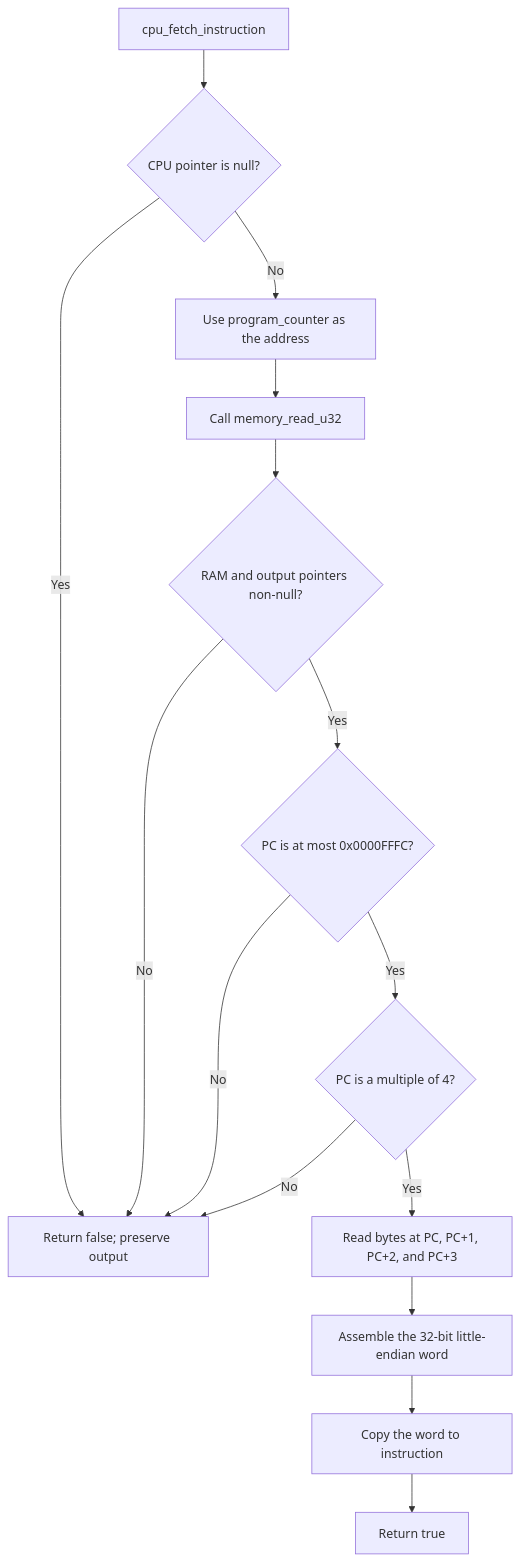
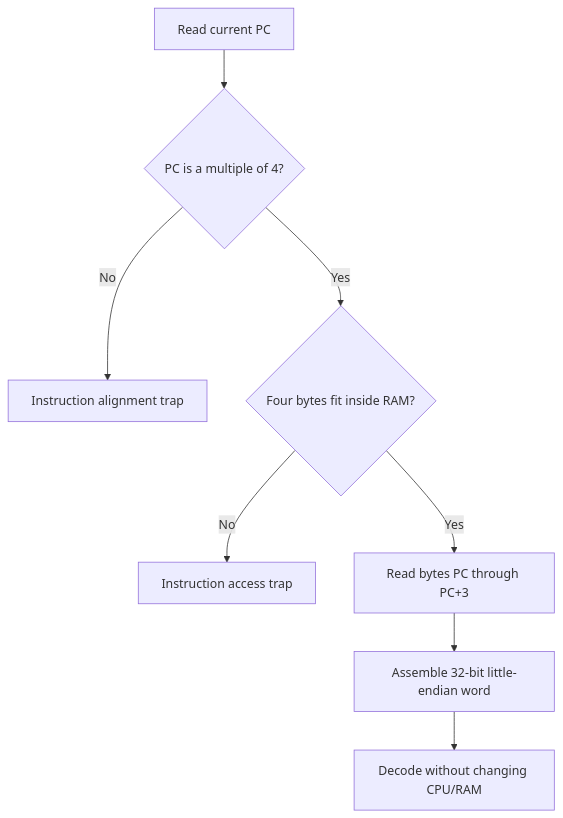
The fifth of 12 diagrams in docs/FLOWCHARTS.md (IcaroRamosDM/riscv32-simulator), drawn with Mermaid before and after one commit. The commit also changed other lines of this file and 33 other files, not shown here.

````diff
--- a/docs/FLOWCHARTS.md
+++ b/docs/FLOWCHARTS.md
@@ -128,17 +103,10 @@
 ```mermaid
 flowchart TD
-    START["cpu_fetch_instruction"] --> CPU{"CPU pointer is null?"}
-    CPU -->|"Yes"| FAIL["Return false; preserve output"]
-    CPU -->|"No"| PC["Use program_counter as the address"]
-    PC --> MEM["Call memory_read_u32"]
-    MEM --> PTR{"RAM and output pointers non-null?"}
-    PTR -->|"No"| FAIL
-    PTR -->|"Yes"| RANGE{"PC is at most 0x0000FFFC?"}
-    RANGE -->|"No"| FAIL
-    RANGE -->|"Yes"| ALIGN{"PC is a multiple of 4?"}
-    ALIGN -->|"No"| FAIL
-    ALIGN -->|"Yes"| READ["Read bytes at PC, PC+1, PC+2, and PC+3"]
-    READ --> ASSEMBLE["Assemble the 32-bit little-endian word"]
-    ASSEMBLE --> OUTPUT["Copy the word to instruction"]
-    OUTPUT --> OK["Return true"]
+    PC["Read current PC"] --> ALIGN{"PC is a multiple of 4?"}
+    ALIGN -->|No| MISALIGN["Instruction alignment trap"]
+    ALIGN -->|Yes| RANGE{"Four bytes fit inside RAM?"}
+    RANGE -->|No| ACCESS["Instruction access trap"]
+    RANGE -->|Yes| READ["Read bytes PC through PC+3"]
+    READ --> WORD["Assemble 32-bit little-endian word"]
+    WORD --> DECODE["Decode without changing CPU/RAM"]
 ```
````
